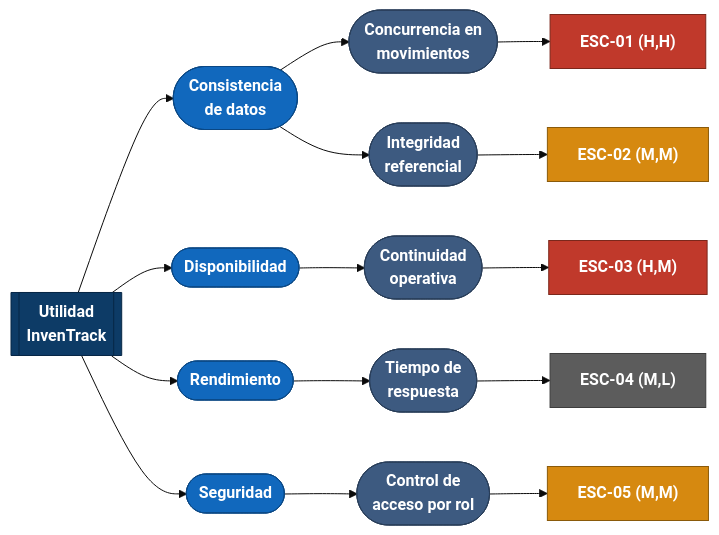
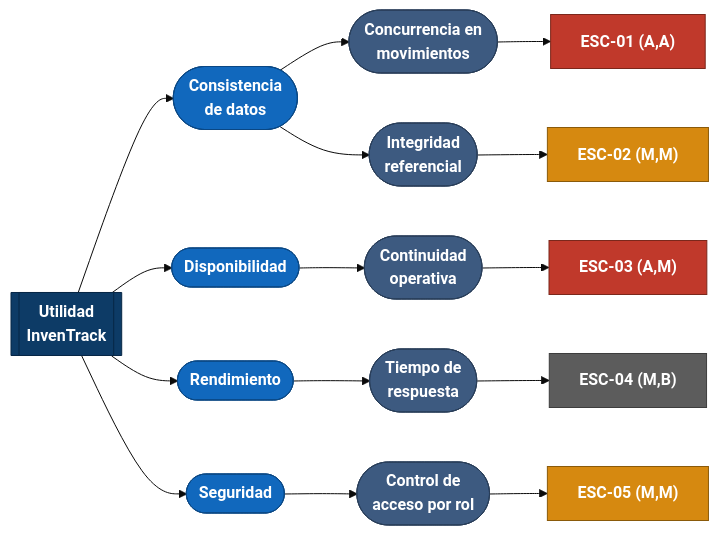
Before and after one commit to ISCOUTB/AS_202620_InvenTrack: the diagram in docs/utility-tree.md, drawn with Mermaid (base theme). The commit also changed other lines of this file, not shown here.

````diff
--- a/docs/utility-tree.md
+++ b/docs/utility-tree.md
@@ -42,35 +42,35 @@
 ```mermaid
 graph LR
     U[["Utilidad<br/>InvenTrack"]]
 
     U --> QA1(["Consistencia<br/>de datos"])
     U --> QA2(["Disponibilidad"])
     U --> QA3(["Rendimiento"])
     U --> QA4(["Seguridad"])
 
     QA1 --> R1(["Concurrencia en<br/>movimientos"])
     QA1 --> R2(["Integridad<br/>referencial"])
     QA2 --> R3(["Continuidad<br/>operativa"])
     QA3 --> R4(["Tiempo de<br/>respuesta"])
     QA4 --> R5(["Control de<br/>acceso por rol"])
 
-    R1 --> S1["ESC-01 (H,H)"]
+    R1 --> S1["ESC-01 (A,A)"]
     R2 --> S2["ESC-02 (M,M)"]
-    R3 --> S3["ESC-03 (H,M)"]
-    R4 --> S4["ESC-04 (M,L)"]
+    R3 --> S3["ESC-03 (A,M)"]
+    R4 --> S4["ESC-04 (M,B)"]
     R5 --> S5["ESC-05 (M,M)"]
 
     classDef root fill:#0d3b66,stroke:#082746,color:#ffffff,font-weight:bold
     classDef attr fill:#1168bd,stroke:#0b4884,color:#ffffff,font-weight:bold
     classDef refine fill:#3d5a80,stroke:#293e59,color:#ffffff
     classDef high fill:#c0392b,stroke:#7b271b,color:#ffffff,font-weight:bold
     classDef mid fill:#d68910,stroke:#8a5a0a,color:#ffffff,font-weight:bold
     classDef low fill:#5c5c5c,stroke:#3d3d3d,color:#ffffff,font-weight:bold
 
     class U root
     class QA1,QA2,QA3,QA4 attr
     class R1,R2,R3,R4,R5 refine
     class S1,S3 high
     class S2,S5 mid
     class S4 low
 ```
````
